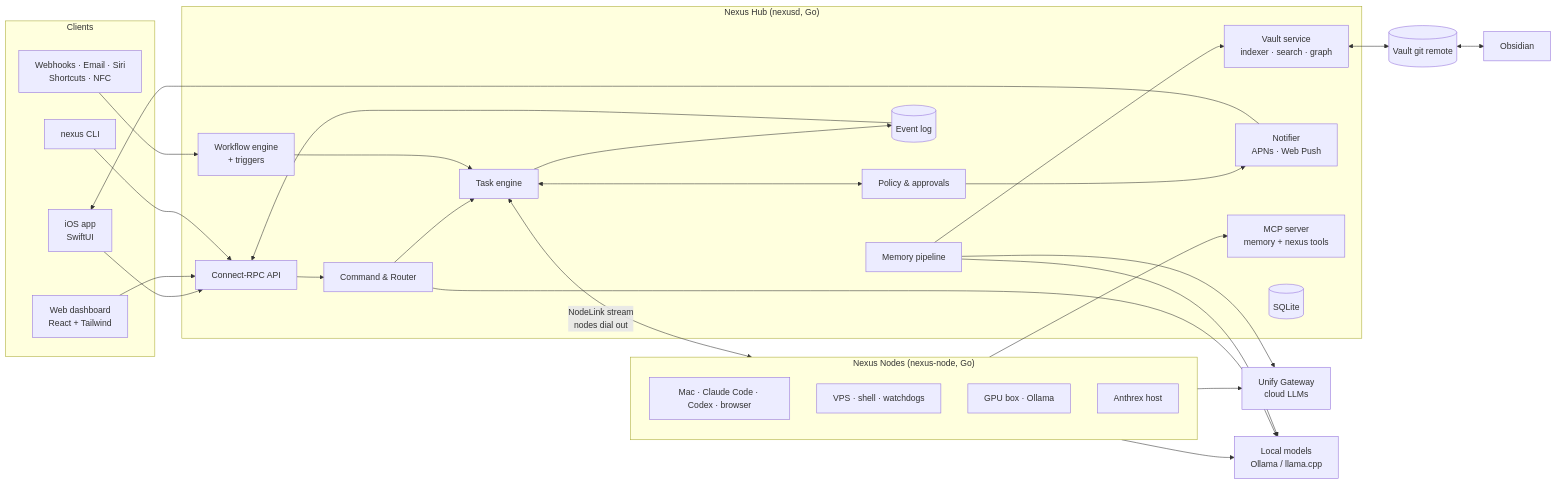
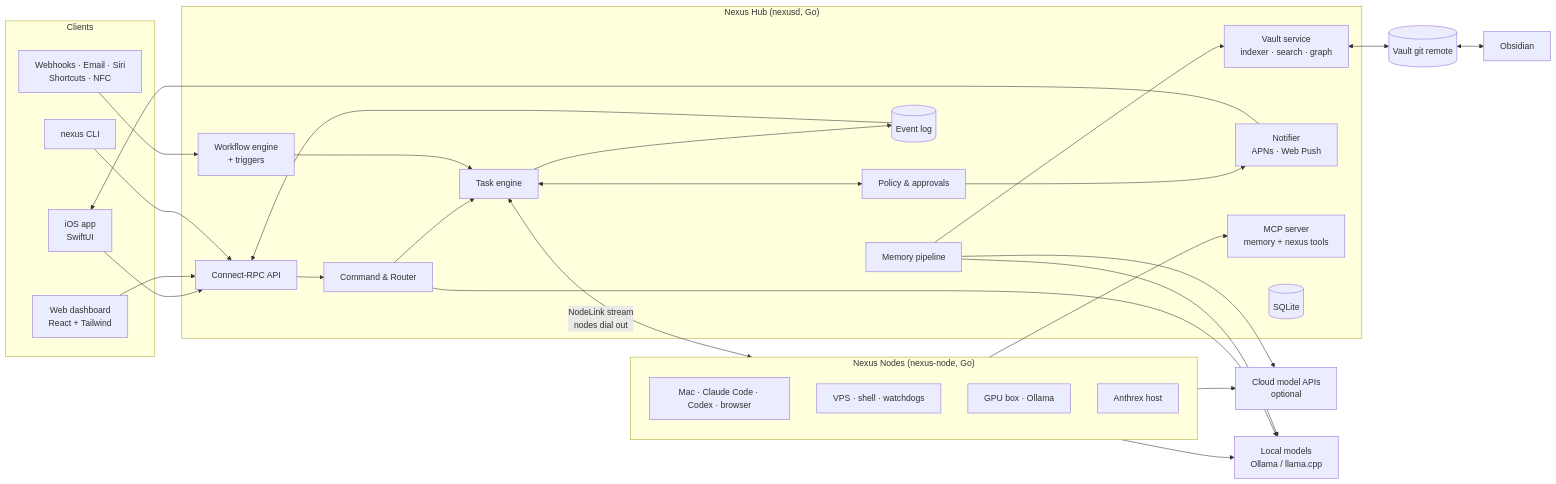
Before and after one commit to danielpina1/nexus: the first of 4 diagrams in docs/ARCHITECTURE.md, drawn with Mermaid. The commit also changed other lines of this file and 14 other files, not shown here.

````diff
--- a/docs/ARCHITECTURE.md
+++ b/docs/ARCHITECTURE.md
@@ -19,51 +19,51 @@
 ```mermaid
 flowchart LR
   subgraph Clients
     IOS[iOS app<br/>SwiftUI]
     WEB[Web dashboard<br/>React + Tailwind]
     CLI[nexus CLI]
     EXT[Webhooks · Email · Siri<br/>Shortcuts · NFC]
   end
 
   subgraph Hub["Nexus Hub (nexusd, Go)"]
     API[Connect-RPC API]
     CMD[Command & Router]
     TASK[Task engine]
     WF[Workflow engine<br/>+ triggers]
     POL[Policy & approvals]
     BUS[(Event log)]
     VLT[Vault service<br/>indexer · search · graph]
     MEM[Memory pipeline]
     NOTIF[Notifier<br/>APNs · Web Push]
     MCPH[MCP server<br/>memory + nexus tools]
     DB[(SQLite)]
   end
 
   subgraph Nodes["Nexus Nodes (nexus-node, Go)"]
     N1[Mac · Claude Code · Codex · browser]
     N2[VPS · shell · watchdogs]
     N3[GPU box · Ollama]
     N4[Anthrex host]
   end
 
-  GW[Unify Gateway<br/>cloud LLMs]
+  GW[Cloud model APIs<br/>optional]
   LOCAL[Local models<br/>Ollama / llama.cpp]
   GIT[(Vault git remote)]
   OBS[Obsidian]
 
   IOS & WEB & CLI --> API
   EXT --> WF
   API --> CMD --> TASK
   WF --> TASK
   TASK <--> POL
   TASK --> BUS
   POL --> NOTIF --> IOS
   BUS --> API
   TASK <-->|NodeLink stream<br/>nodes dial out| Nodes
   VLT <--> GIT <--> OBS
   MEM --> VLT
   Nodes --> MCPH
   CMD --> LOCAL
   Nodes --> GW & LOCAL
   MEM --> LOCAL & GW
 ```
````
